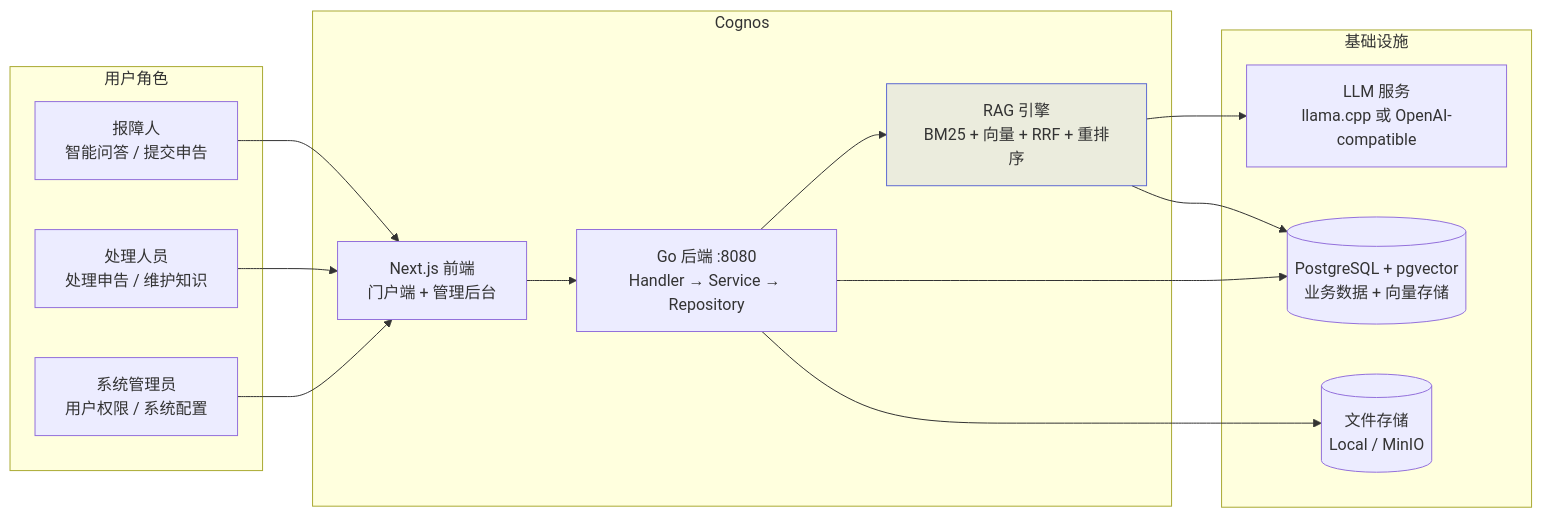
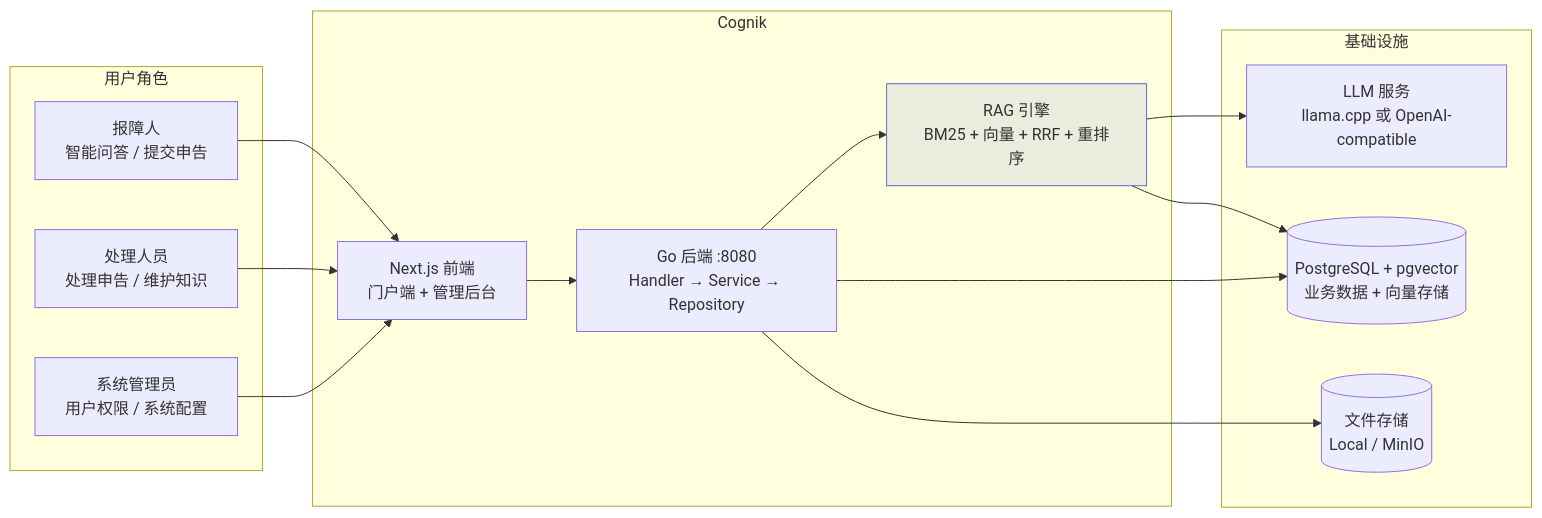
The first of 6 diagrams in docs/PRD.md (int2t05/Cognik), drawn with Mermaid before and after one commit. The commit also changed other lines of this file and 192 other files, not shown here.

First line of the commit message:
rename: Cognos → Cognik（全量改名，消除 IBM Cognos 命名冲突）

````diff
--- a/docs/PRD.md
+++ b/docs/PRD.md
@@ -11,32 +11,32 @@
 ```mermaid
 flowchart LR
     subgraph Actors["用户角色"]
         Reporter["报障人<br/>智能问答 / 提交申告"]
         Operator["处理人员<br/>处理申告 / 维护知识"]
         Admin["系统管理员<br/>用户权限 / 系统配置"]
     end
 
-    subgraph System["Cognos"]
+    subgraph System["Cognik"]
         Web["Next.js 前端<br/>门户端 + 管理后台"]
         Server["Go 后端 :8080<br/>Handler → Service → Repository"]
         RAG["RAG 引擎<br/>BM25 + 向量 + RRF + 重排序"]
     end
 
     subgraph Infra["基础设施"]
         PG[("PostgreSQL + pgvector<br/>业务数据 + 向量存储")]
         Storage[("文件存储<br/>Local / MinIO")]
         LLM["LLM 服务<br/>llama.cpp 或 OpenAI-compatible"]
     end
 
     Reporter --> Web
     Operator --> Web
     Admin --> Web
     Web --> Server
     Server --> RAG
     Server --> PG
     Server --> Storage
     RAG --> LLM
     RAG --> PG
 
     style RAG fill:#5e6ad220,stroke:#5e6ad2
 ```
````
